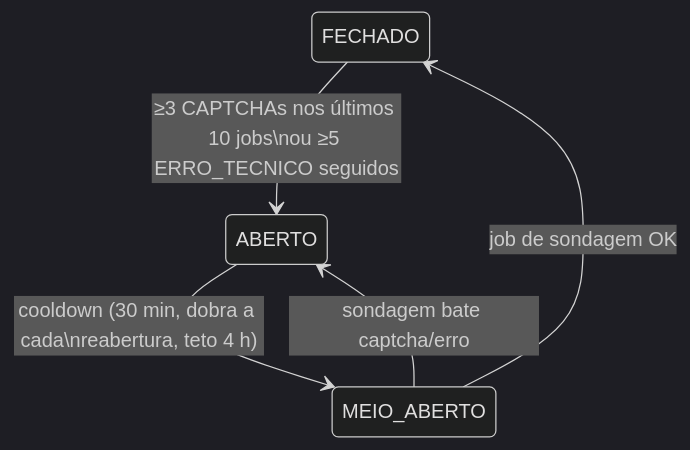
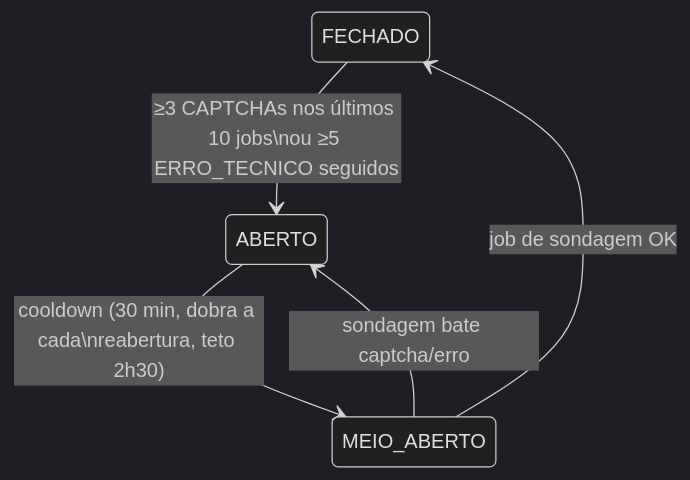
The second of 2 diagrams in docs/04-ciclo-de-vida-retry-captcha.md (tiagoversianemapah/acta), drawn with Mermaid (dark theme) before and after one commit. The commit also changed other lines of this file and 56 other files, not shown here.

````diff
--- a/docs/04-ciclo-de-vida-retry-captcha.md
+++ b/docs/04-ciclo-de-vida-retry-captcha.md
@@ -118,7 +119,7 @@
 ```mermaid
 stateDiagram-v2
     FECHADO --> ABERTO : ≥3 CAPTCHAs nos últimos 10 jobs\nou ≥5 ERRO_TECNICO seguidos
-    ABERTO --> MEIO_ABERTO : cooldown (30 min, dobra a cada\nreabertura, teto 4 h)
+    ABERTO --> MEIO_ABERTO : cooldown (30 min, dobra a cada\nreabertura, teto 2h30)
     MEIO_ABERTO --> FECHADO : job de sondagem OK
     MEIO_ABERTO --> ABERTO : sondagem bate captcha/erro
 ```
````
